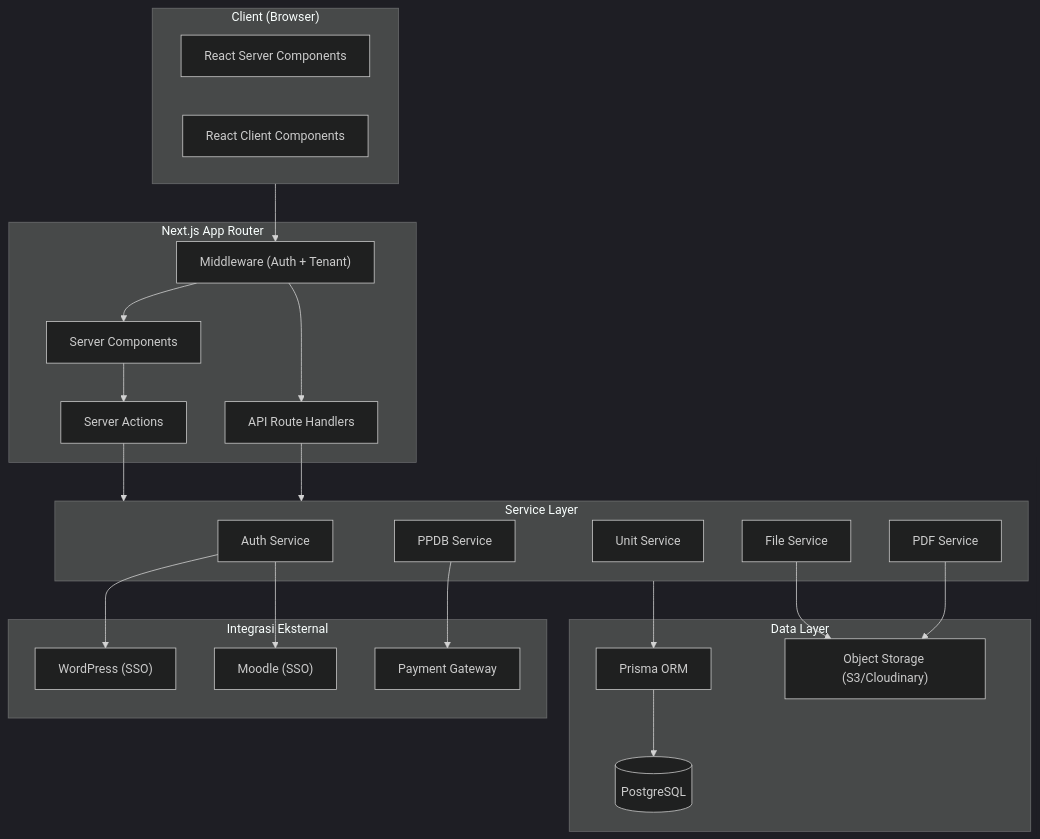
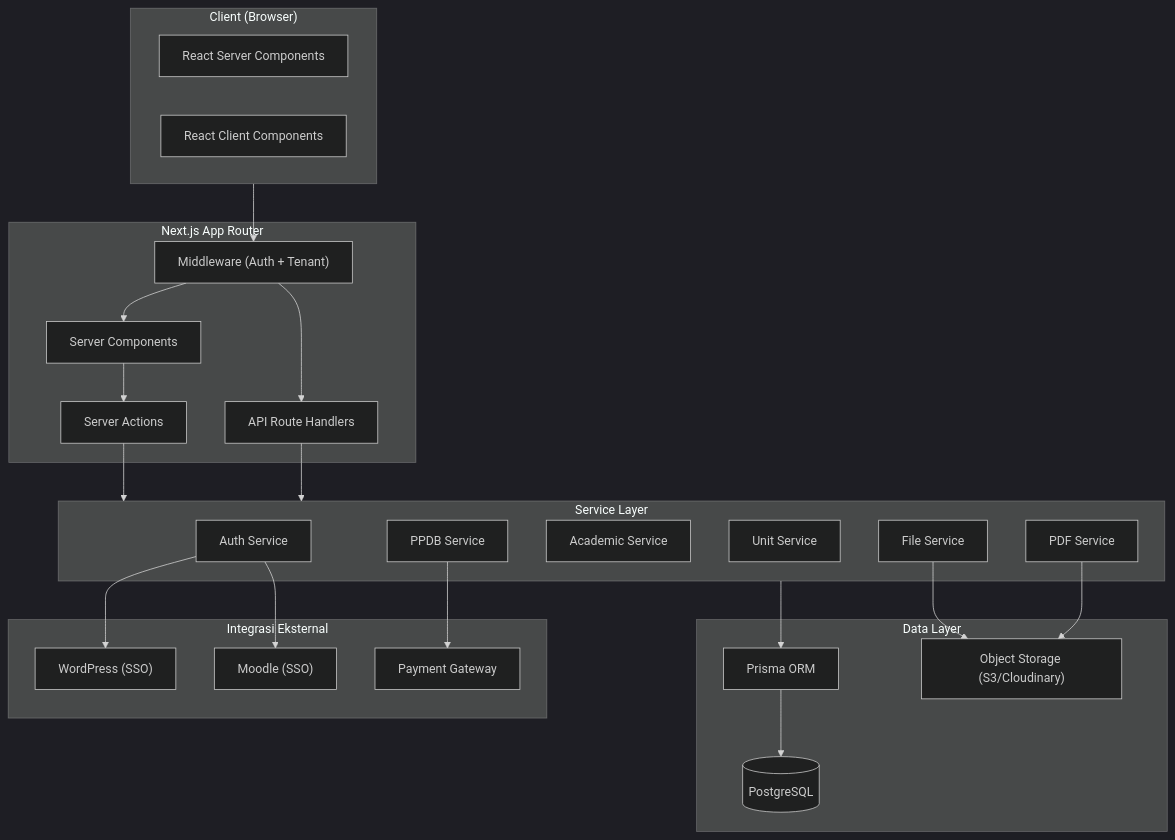
Before and after one commit to alchemista27/sim-alfida: the first of 8 diagrams in docs/TDD.md, drawn with Mermaid (dark theme). The commit also changed other lines of this file and 21 other files, not shown here.

Commit message:
docs: update academic module architecture, schema, sprint plan, and shift to serverless deployment

````diff
--- a/docs/TDD.md
+++ b/docs/TDD.md
@@ -21,48 +21,49 @@
 ```mermaid
 graph TB
     subgraph Client["Client (Browser)"]
         RSC["React Server Components"]
         RCC["React Client Components"]
     end
 
     subgraph NextJS["Next.js App Router"]
         MW["Middleware (Auth + Tenant)"]
         API["API Route Handlers"]
         SC["Server Components"]
         SA["Server Actions"]
     end
 
     subgraph Services["Service Layer"]
         AuthSvc["Auth Service"]
         PPDBSvc["PPDB Service"]
+        AcadSvc["Academic Service"]
         UnitSvc["Unit Service"]
         FileSvc["File Service"]
         PDFSvc["PDF Service"]
     end
 
     subgraph Data["Data Layer"]
         ORM["Prisma ORM"]
         DB[("PostgreSQL")]
         S3["Object Storage (S3/Cloudinary)"]
     end
 
     subgraph External["Integrasi Eksternal"]
         WP["WordPress (SSO)"]
         MDL["Moodle (SSO)"]
         PG["Payment Gateway"]
     end
 
     Client --> MW
     MW --> API
     MW --> SC
     SC --> SA
     SA --> Services
     API --> Services
     Services --> ORM
     ORM --> DB
     FileSvc --> S3
     PDFSvc --> S3
     AuthSvc --> WP
     AuthSvc --> MDL
     PPDBSvc --> PG
 ```
````
